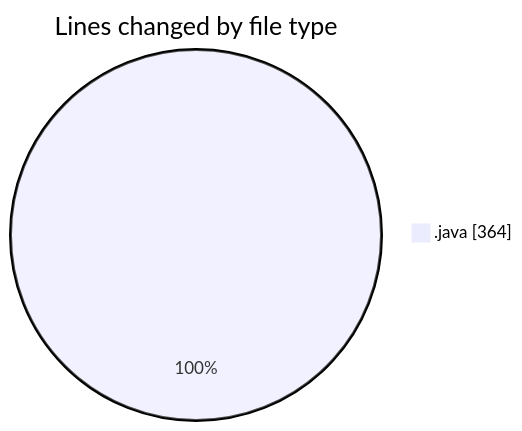
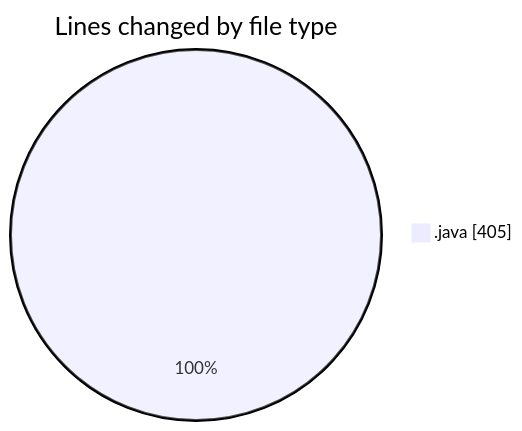
The first of 2 diagrams in 2026-02-26/cilapp/README.md (ricardozamudiocil/code-tracking), drawn with Mermaid before and after one commit. The commit also changed other lines of this file and 1 other file, not shown here.

````diff
--- a/2026-02-26/cilapp/README.md
+++ b/2026-02-26/cilapp/README.md
@@ -22,5 +22,5 @@
 ```mermaid
 pie showData
 title Lines changed by file type
-".java" : 364
+".java" : 405
 ```
````
